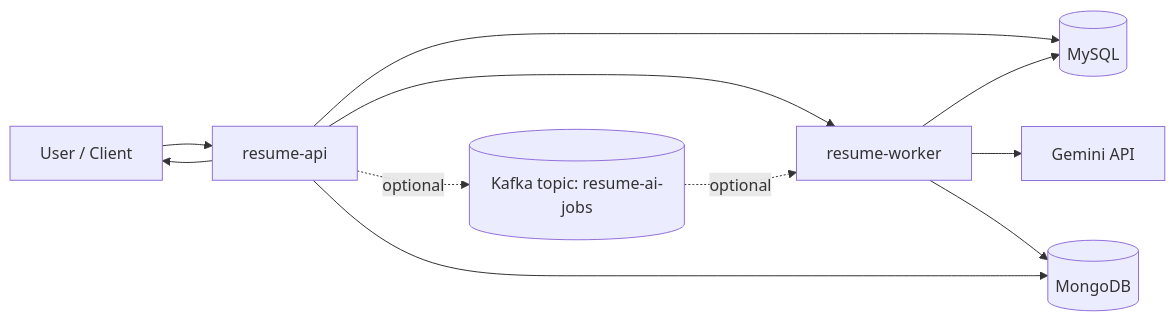
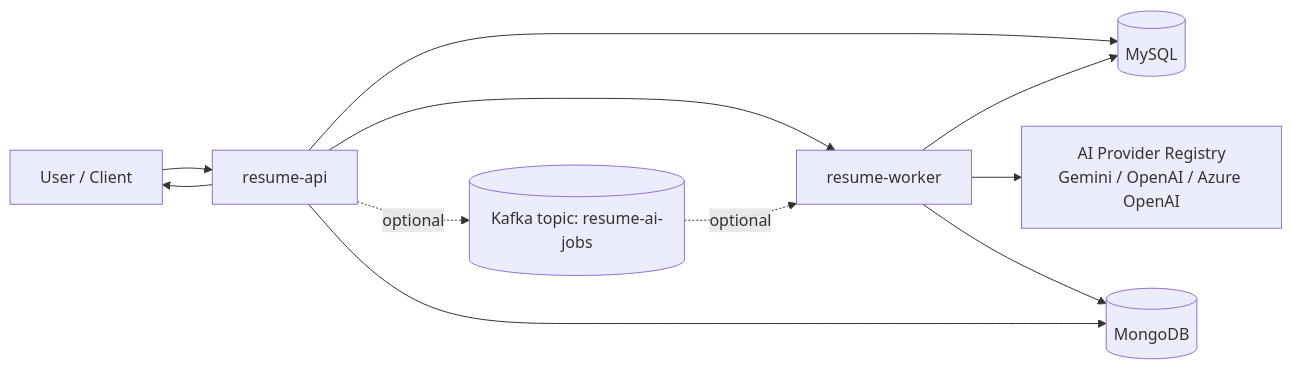
One commit to helenapedro/resume-feedback-platform changed the first of 3 diagrams in docs/project-documentation/architecture.md. Above: the diagram before and after it, drawn with Mermaid. The commit also changed other lines of this file and 31 other files, not shown here.

````diff
--- a/docs/project-documentation/architecture.md
+++ b/docs/project-documentation/architecture.md
@@ -30,13 +30,13 @@
 ```mermaid
 flowchart LR
   U[User / Client] --> API[resume-api]
   API --> MYSQL[(MySQL)]
   API --> WORKER[resume-worker]
   API -. optional .-> KAFKA[(Kafka topic: resume-ai-jobs)]
   KAFKA -. optional .-> WORKER
-  WORKER --> GEMINI[Gemini API]
+  WORKER --> PROVIDER[AI Provider Registry<br/>Gemini / OpenAI / Azure OpenAI]
   WORKER --> MONGO[(MongoDB)]
   WORKER --> MYSQL
   API --> MONGO
   API --> U
 ```
````
